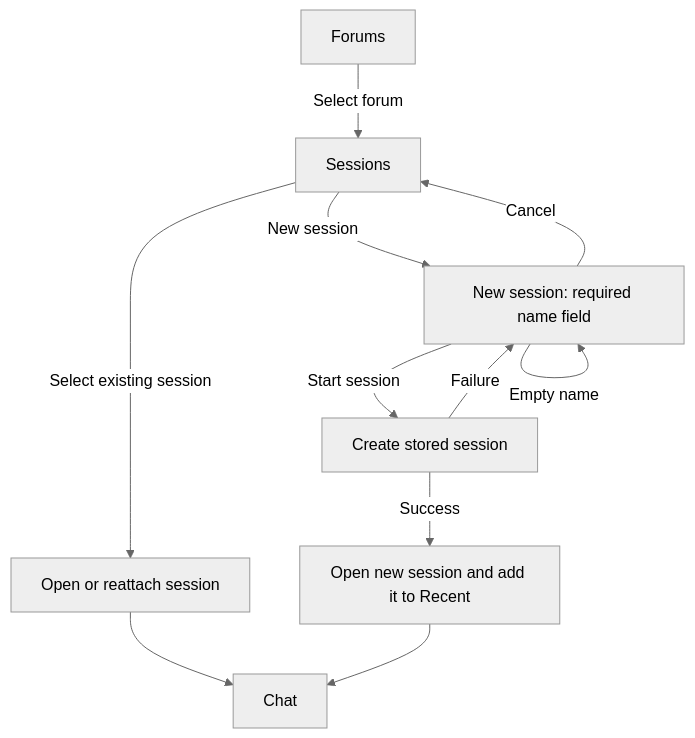
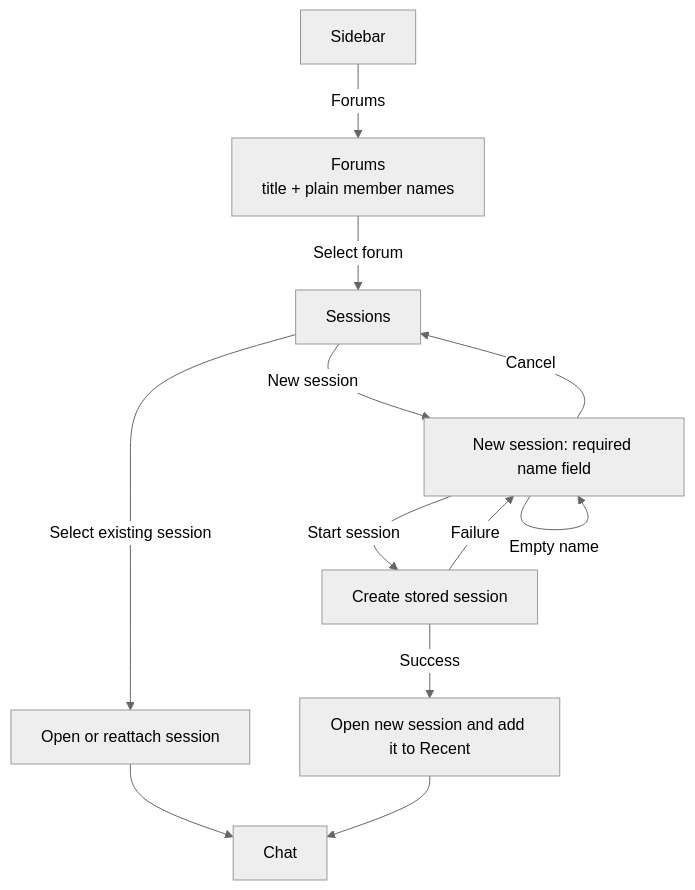
One commit to michaelpopov/cha changed the third of 5 diagrams in docs/web-ui/flows.md. Above: the diagram before and after it, drawn with Mermaid (neutral theme). The commit also changed other lines of this file and 14 other files, not shown here.

````diff
--- a/docs/web-ui/flows.md
+++ b/docs/web-ui/flows.md
@@ -21,13 +35,14 @@
 ```mermaid
 flowchart TD
-    Forums["Forums"] -->|"Select forum"| Sessions["Sessions"]
+    Sidebar["Sidebar"] -->|"Forums"| Forums["Forums<br/>title + plain member names"]
+    Forums -->|"Select forum"| Sessions["Sessions"]
     Sessions -->|"Select existing session"| OpenExisting["Open or reattach session"]
     OpenExisting --> Chat["Chat"]
     Sessions -->|"New session"| Name["New session: required name field"]
     Name -->|"Cancel"| Sessions
     Name -->|"Empty name"| Name
     Name -->|"Start session"| Create["Create stored session"]
     Create -->|"Failure"| Name
     Create -->|"Success"| OpenNew["Open new session and add it to Recent"]
     OpenNew --> Chat
 ```
````
